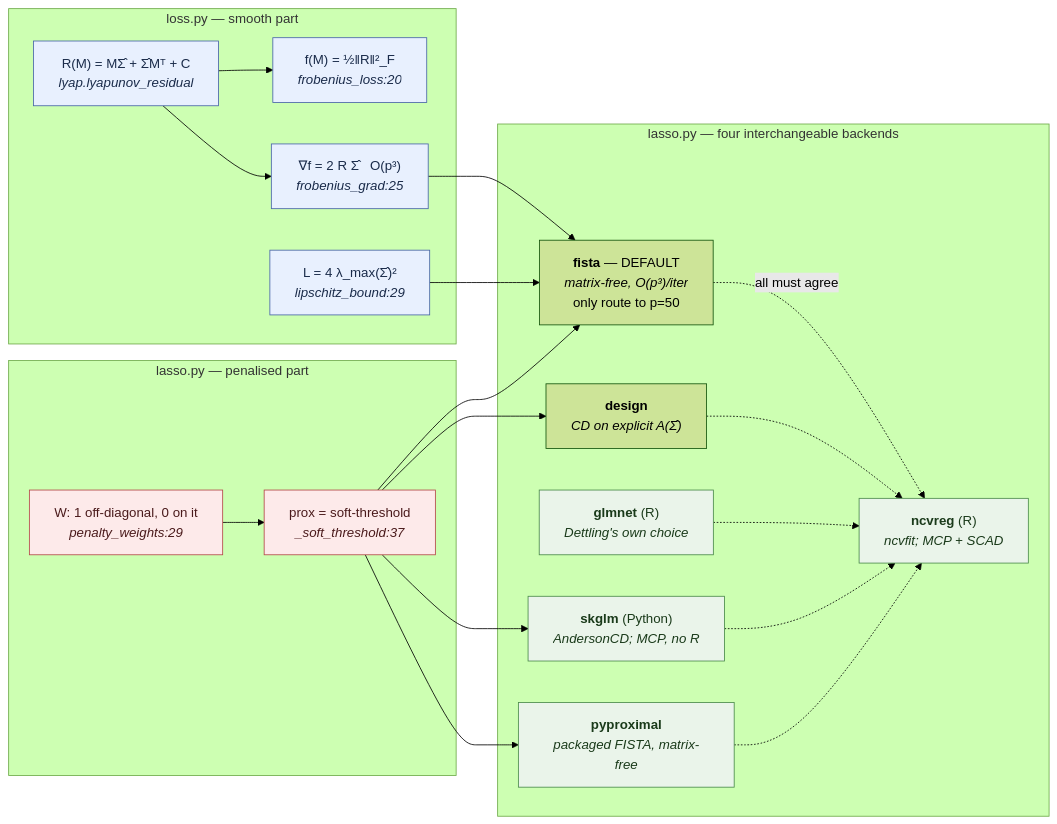
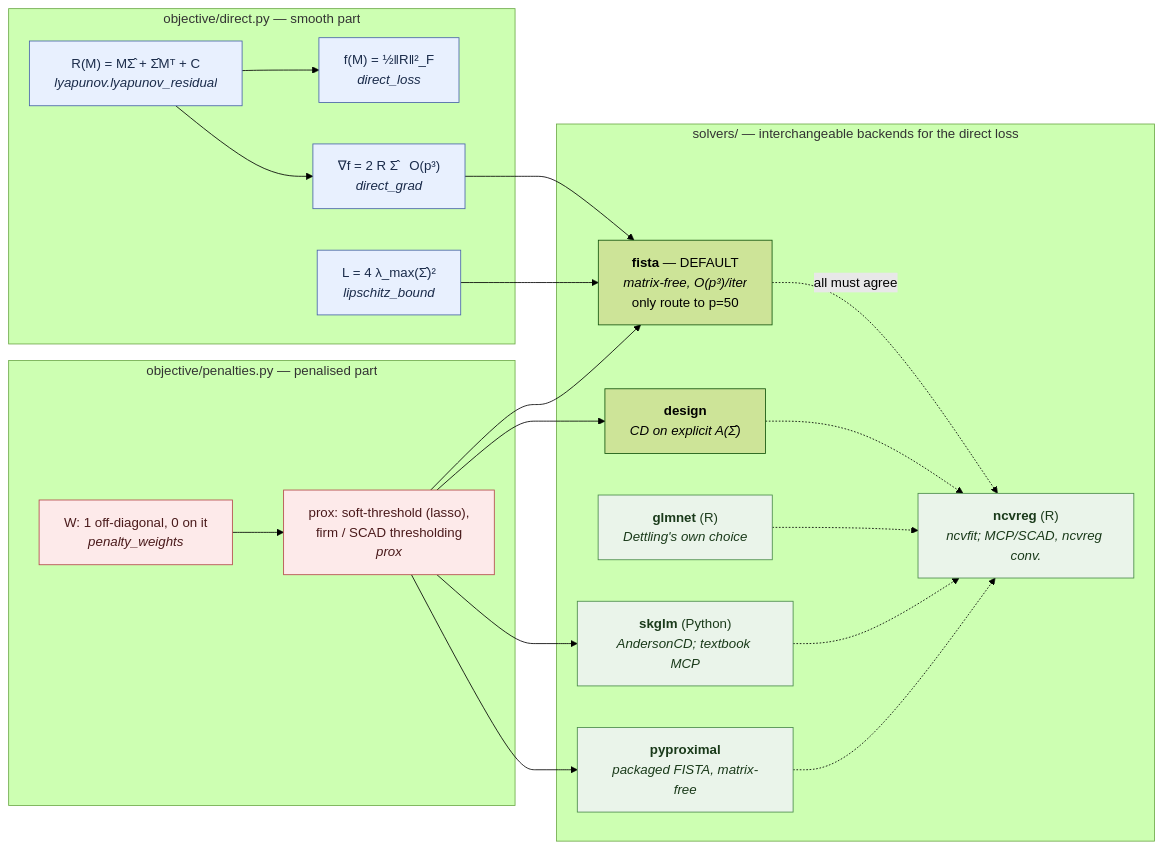
The third of 6 diagrams in ARCHITECTURE.md (rlawnsiiiii/Nonconvex-penalties-for-Graphical-Continuous-Lyapunov-Models), drawn with Mermaid (forest theme) before and after one commit. The commit also changed other lines of this file and 48 other files, not shown here.

Commit message:
repo restructuring, running mcp/scad against quadratic/frobenius losses and likelihood (pilot)

````diff
--- a/ARCHITECTURE.md
+++ b/ARCHITECTURE.md
@@ -166,42 +217,42 @@
 ```mermaid
 flowchart LR
-    subgraph smooth["loss.py — smooth part"]
-        R["R(M) = MΣ̂ + Σ̂Mᵀ + C<br/><i>lyap.lyapunov_residual</i>"]
-        F["f(M) = ½‖R‖²_F<br/><i>frobenius_loss:20</i>"]
-        G["∇f = 2 R Σ̂ &nbsp;&nbsp;O(p³)<br/><i>frobenius_grad:25</i>"]
-        L["L = 4 λ_max(Σ̂)²<br/><i>lipschitz_bound:29</i>"]
+    subgraph smooth["objective/direct.py — smooth part"]
+        R["R(M) = MΣ̂ + Σ̂Mᵀ + C<br/><i>lyapunov.lyapunov_residual</i>"]
+        F["f(M) = ½‖R‖²_F<br/><i>direct_loss</i>"]
+        G["∇f = 2 R Σ̂ &nbsp;&nbsp;O(p³)<br/><i>direct_grad</i>"]
+        L["L = 4 λ_max(Σ̂)²<br/><i>lipschitz_bound</i>"]
         R --> F
         R --> G
     end
-    subgraph pen["lasso.py — penalised part"]
-        W["W: 1 off-diagonal, 0 on it<br/><i>penalty_weights:29</i>"]
-        P["prox = soft-threshold<br/><i>_soft_threshold:37</i>"]
+    subgraph pen["objective/penalties.py — penalised part"]
+        W["W: 1 off-diagonal, 0 on it<br/><i>penalty_weights</i>"]
+        P["prox: soft-threshold (lasso),<br/>firm / SCAD thresholding<br/><i>prox</i>"]
         W --> P
     end
-    subgraph solve["lasso.py — four interchangeable backends"]
+    subgraph solve["solvers/ — interchangeable backends for the direct loss"]
         FI["<b>fista</b> — DEFAULT<br/><i>matrix-free, O(p³)/iter</i><br/>only route to p=50"]
         DE["<b>design</b><br/><i>CD on explicit A(Σ̂)</i>"]
         GL["<b>glmnet</b> (R)<br/><i>Dettling's own choice</i>"]
-        NC["<b>ncvreg</b> (R)<br/><i>ncvfit; MCP + SCAD</i>"]
-        SK["<b>skglm</b> (Python)<br/><i>AndersonCD; MCP, no R</i>"]
+        NC["<b>ncvreg</b> (R)<br/><i>ncvfit; MCP/SCAD, ncvreg conv.</i>"]
+        SK["<b>skglm</b> (Python)<br/><i>AndersonCD; textbook MCP</i>"]
         PX["<b>pyproximal</b><br/><i>packaged FISTA, matrix-free</i>"]
     end
     G --> FI
     L --> FI
     P --> FI
     P --> DE
     P --> SK
     FI -.->|"all must agree"| NC
     DE -.-> NC
     GL -.-> NC
     SK -.-> NC
     P --> PX
     PX -.-> NC
 
     classDef s fill:#e8f0fe,stroke:#4864a8,color:#1a2b4a
     classDef p fill:#fdeaea,stroke:#b5484a,color:#4a1a1b
     classDef rb fill:#eaf4ea,stroke:#4a8a4a,color:#1a3a1a
     class R,F,G,L s
     class W,P p
     class GL,NC,SK,PX rb
 ```
````
